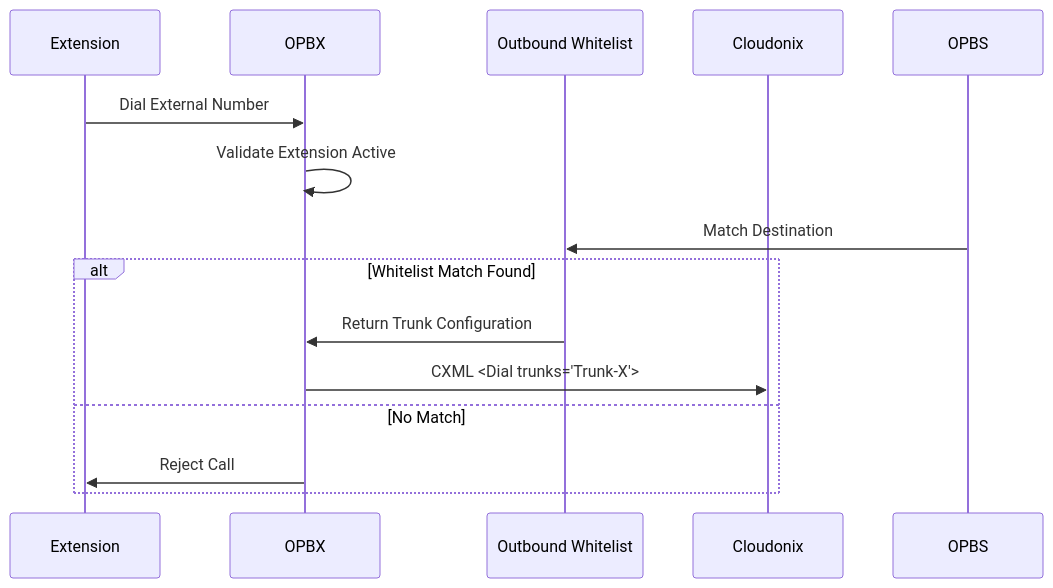
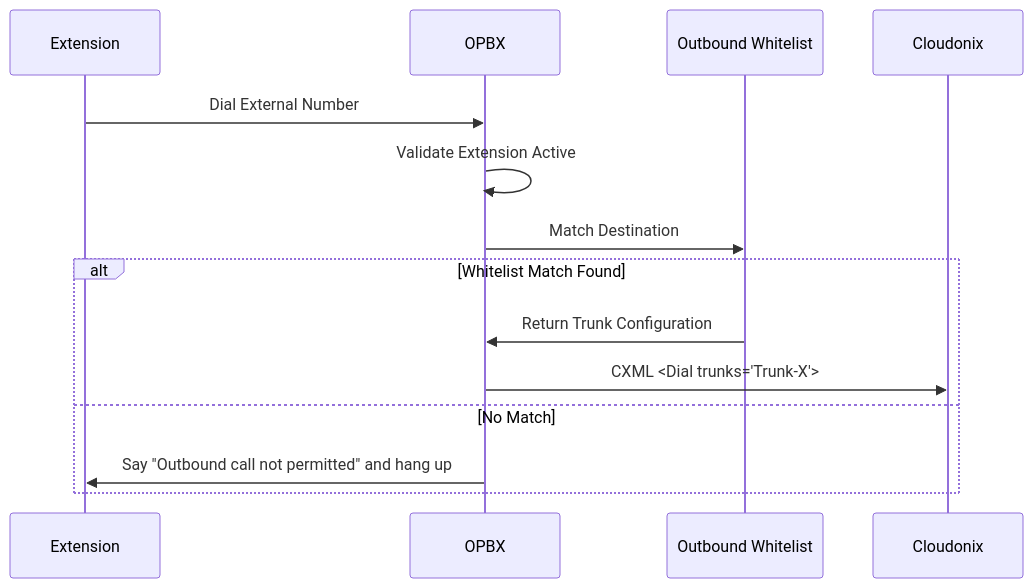
The third of 3 diagrams in README.md (greenfieldtech-nirs/opbx), drawn with Mermaid before and after one commit. The commit also changed other lines of this file and 9 other files, not shown here.

````diff
--- a/README.md
+++ b/README.md
@@ -207,17 +240,17 @@
 ```mermaid
 sequenceDiagram
     participant Ext as Extension
     participant OPBX
     participant OW as Outbound Whitelist
     participant CX as Cloudonix
 
     Ext->>OPBX: Dial External Number
     OPBX->>OPBX: Validate Extension Active
-    OPBS->>OW: Match Destination
+    OPBX->>OW: Match Destination
     alt Whitelist Match Found
         OW->>OPBX: Return Trunk Configuration
         OPBX->>CX: CXML <Dial trunks="Trunk-X">
     else No Match
-        OPBX->>Ext: Reject Call
+        OPBX->>Ext: Say "Outbound call not permitted" and hang up
     end
 ```
````
